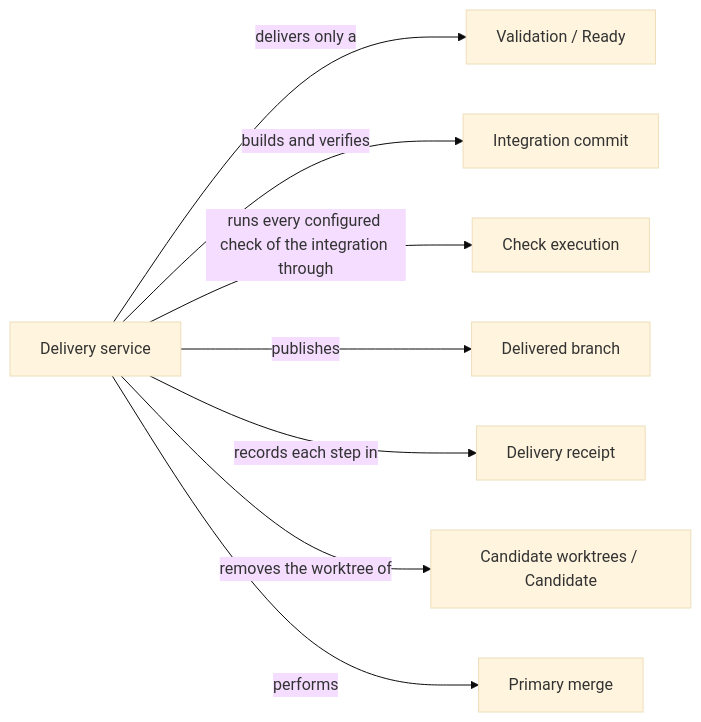
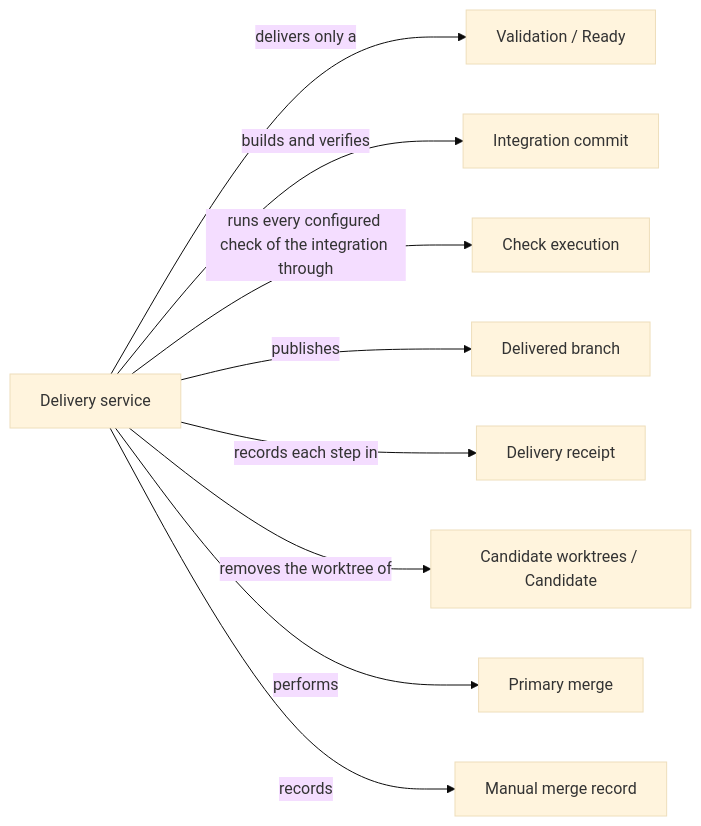
One commit to FTOD/concorde changed the diagram in specs/concorde/delivery/module.md. Above: the diagram before and after it, drawn with Mermaid (base theme). The commit also changed other lines of this file and 213 other files, not shown here.

First line of the commit message:
Rewrite Concorde's Specs for the layered architecture

````diff
--- a/specs/concorde/delivery/module.md
+++ b/specs/concorde/delivery/module.md
@@ -114,12 +184,13 @@
 ```mermaid
 flowchart LR
     accTitle: Delivery collaboration
     accDescr: The delivery service checks readiness, verifies the integration commit, publishes the delivered branch and records each step in the receipt.
     Service[Delivery service] -->|delivers only a| Ready[Validation / Ready]
     Service -->|builds and verifies| Commit[Integration commit]
     Service -->|runs every configured check of the integration through| Checks[Check execution]
     Service -->|publishes| Branch[Delivered branch]
     Service -->|records each step in| Receipt[Delivery receipt]
     Service -->|removes the worktree of| Cand[Candidate worktrees / Candidate]
     Service -->|performs| Merge[Primary merge]
+    Service -->|records| Manual[Manual merge record]
 ```
````
